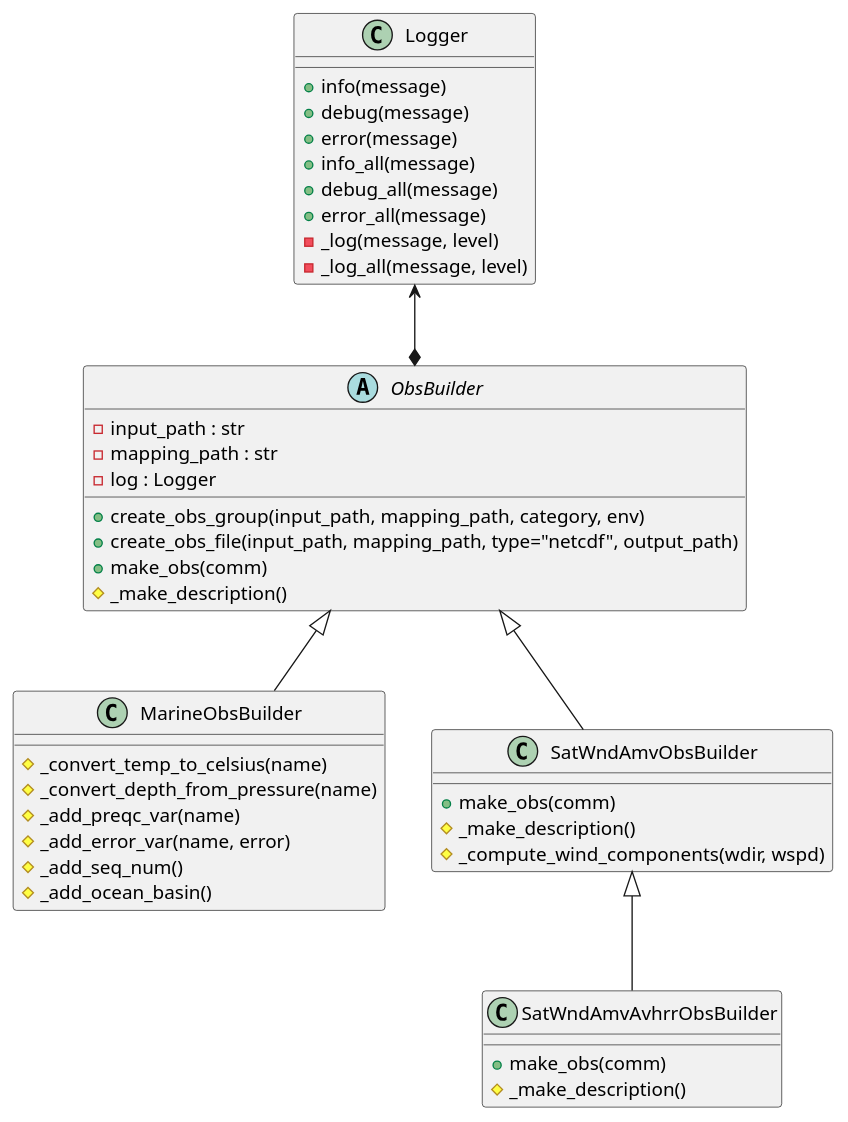
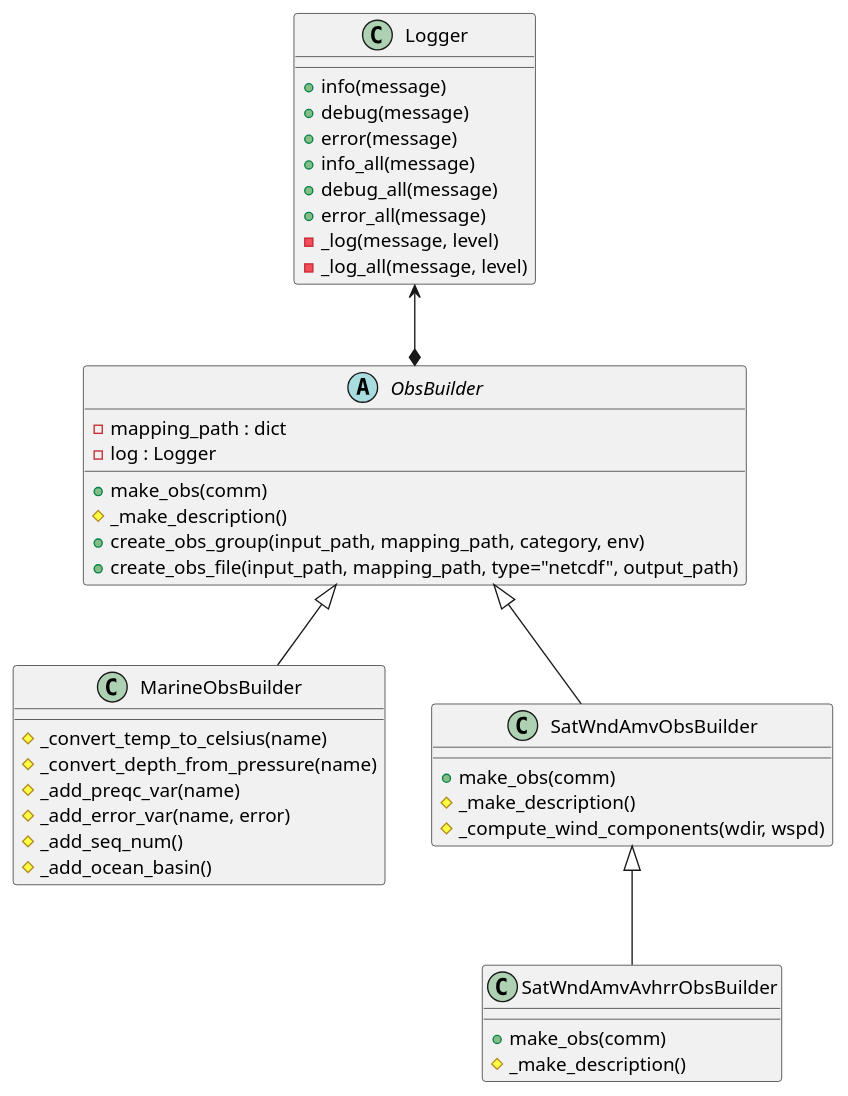
Before and after one commit to NOAA-EMC/bufr-query: the diagram in docs/uml/BUFR_ObsBuilder.puml, drawn with PlantUML. The commit also changed 4 other files, not shown here.

```diff
--- a/docs/uml/BUFR_ObsBuilder.puml
+++ b/docs/uml/BUFR_ObsBuilder.puml
@@ -1,58 +1,57 @@
 @startuml
 'skinparam dpi 300
 'scale 1024 width
 
 class Logger
 {
   + info(message)
   + debug(message)
   + error(message)
   + info_all(message)
   + debug_all(message)
   + error_all(message)
   - _log(message, level)
   - _log_all(message, level)
 }
 
 abstract class ObsBuilder
 {
-  - input_path : str
-  - mapping_path : str
+  - mapping_path : dict
   - log : Logger
 
+  + make_obs(comm)
+  # _make_description()
   + create_obs_group(input_path, mapping_path, category, env)
   + create_obs_file(input_path, mapping_path, type="netcdf", output_path)
-  + make_obs(comm)
-  # _make_description()
 }
 
 class MarineObsBuilder
 {
   # _convert_temp_to_celsius(name)
   # _convert_depth_from_pressure(name)
   # _add_preqc_var(name)
   # _add_error_var(name, error)
   # _add_seq_num()
   # _add_ocean_basin()
 }
 
 class SatWndAmvObsBuilder
 {
   + make_obs(comm)
   # _make_description()
   # _compute_wind_components(wdir, wspd)
 }
 
 class SatWndAmvAvhrrObsBuilder
 {
   + make_obs(comm)
   # _make_description()
 }
 
 Logger <--* ObsBuilder
 ObsBuilder <|-- MarineObsBuilder
 ObsBuilder <|-- SatWndAmvObsBuilder
 SatWndAmvObsBuilder <|-- SatWndAmvAvhrrObsBuilder
 
 
 @enduml
```
